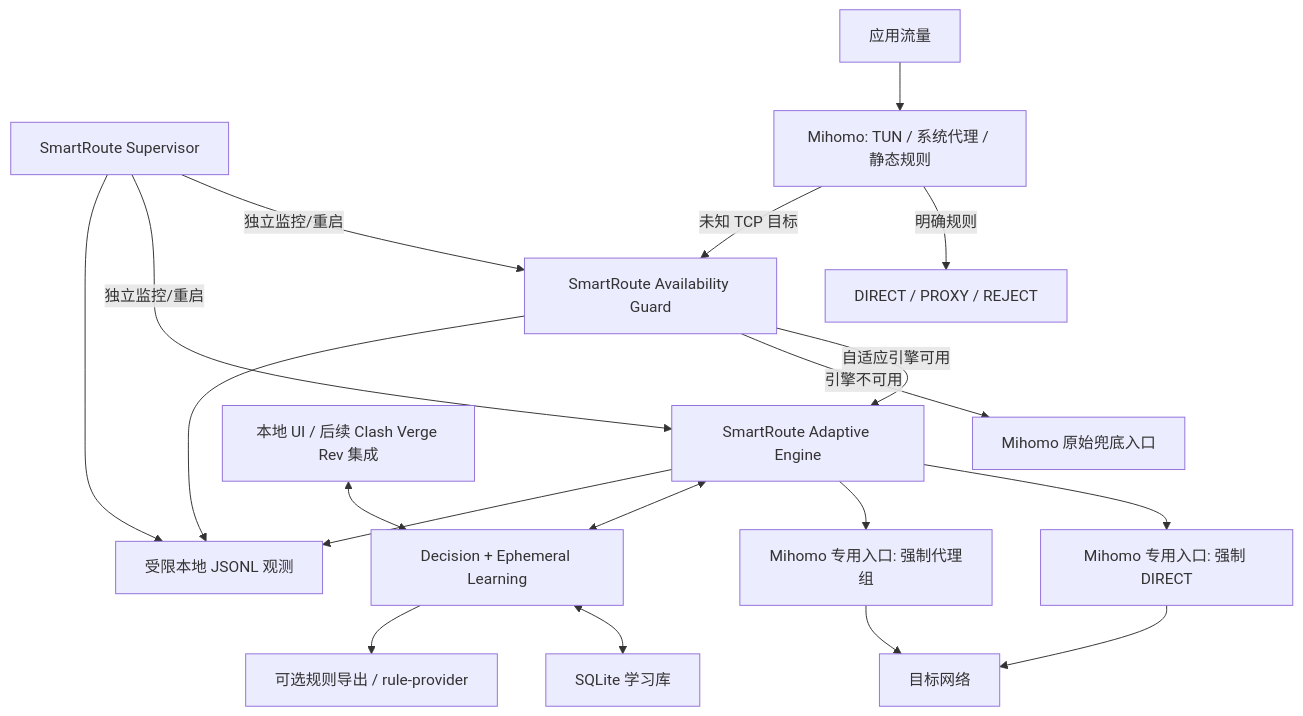
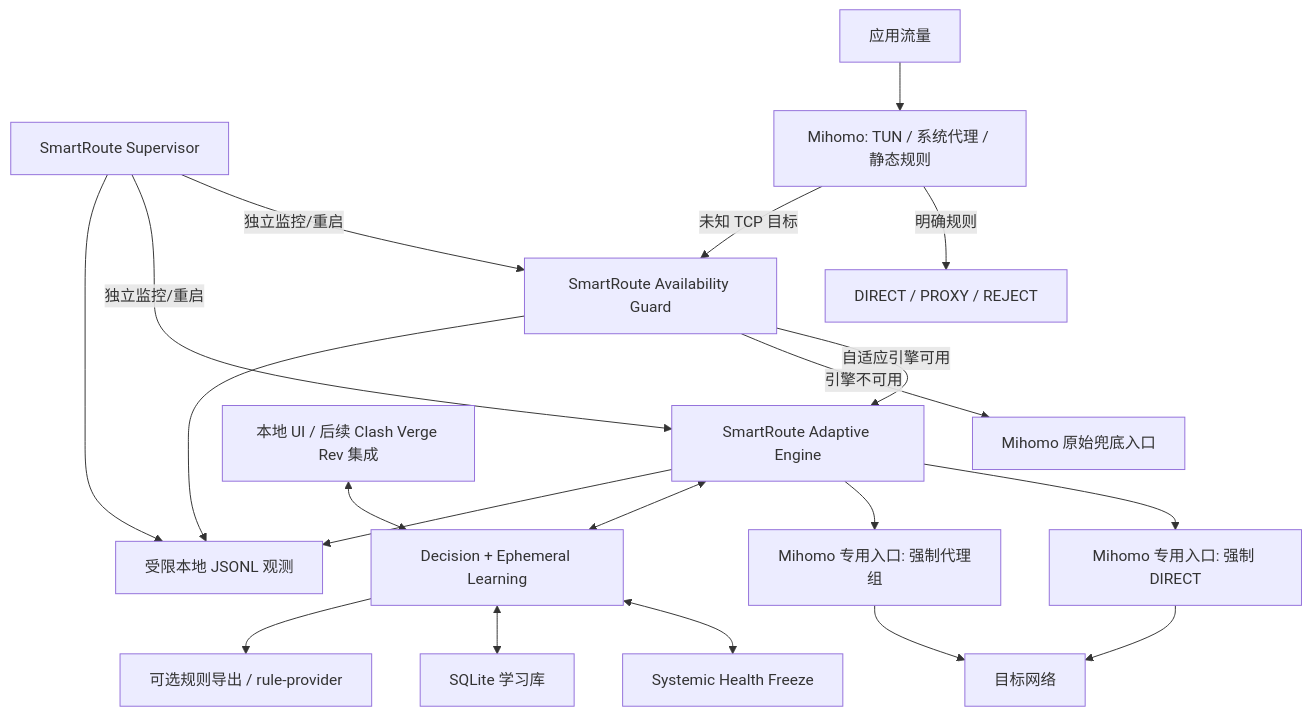
One commit to firfisa/smartroute changed the first of 4 diagrams in docs/02-technical-design.md. Above: the diagram before and after it, drawn with Mermaid. The commit also changed other lines of this file and 19 other files, not shown here.

Commit message:
feat(learning): freeze on systemic failures

````diff
--- a/docs/02-technical-design.md
+++ b/docs/02-technical-design.md
@@ -28,21 +28,22 @@
 ```mermaid
 flowchart TB
     Sup["SmartRoute Supervisor"] -->|"独立监控/重启"| G
     Sup -->|"独立监控/重启"| S
     Sup --> Obs["受限本地 JSONL 观测"]
     App["应用流量"] --> M["Mihomo: TUN / 系统代理 / 静态规则"]
     M -->|"明确规则"| Fixed["DIRECT / PROXY / REJECT"]
     M -->|"未知 TCP 目标"| G["SmartRoute Availability Guard"]
     G -->|"自适应引擎可用"| S["SmartRoute Adaptive Engine"]
     G -->|"引擎不可用"| O["Mihomo 原始兜底入口"]
     S --> D["Mihomo 专用入口: 强制 DIRECT"]
     S --> P["Mihomo 专用入口: 强制代理组"]
     D --> Net["目标网络"]
     P --> Net
     S <--> E["Decision + Ephemeral Learning"]
+    E <--> H["Systemic Health Freeze"]
     S --> Obs
     G --> Obs
     E <--> DB["SQLite 学习库"]
     UI["本地 UI / 后续 Clash Verge Rev 集成"] <--> E
     E --> Export["可选规则导出 / rule-provider"]
 ```
````
